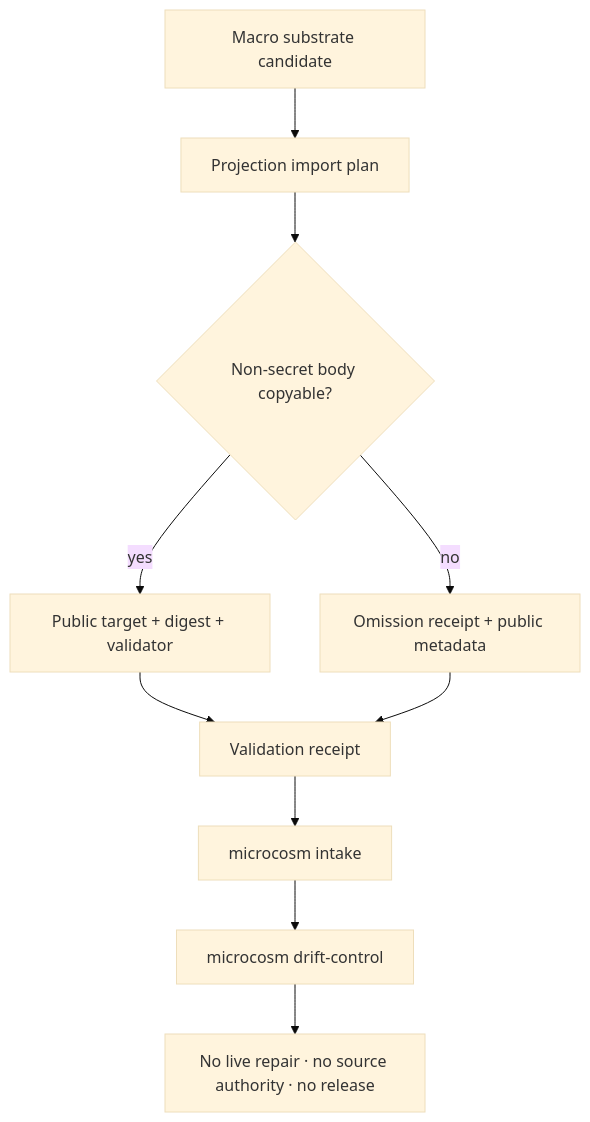
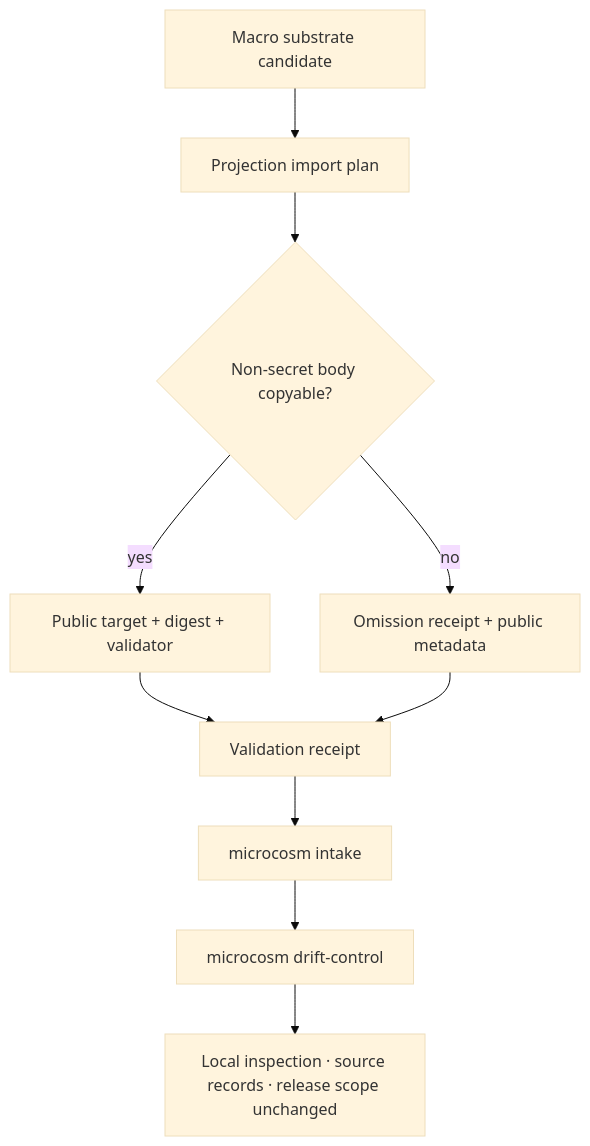
One commit to wcook04/plectis changed the fifth of 5 diagrams in ARCHITECTURE.md. Above: the diagram before and after it, drawn with Mermaid (base theme). The commit also changed other lines of this file and 6 other files, not shown here.

````diff
--- a/ARCHITECTURE.md
+++ b/ARCHITECTURE.md
@@ -438,12 +438,12 @@
 ```mermaid
 flowchart TD
   Macro[Macro substrate candidate] --> Plan[Projection import plan]
   Plan --> Copy{Non-secret body copyable?}
   Copy -->|yes| Target["Public target + digest + validator"]
   Copy -->|no| Omit["Omission receipt + public metadata"]
   Target --> Receipt[Validation receipt]
   Omit --> Receipt
   Receipt --> Intake["microcosm intake"]
   Intake --> Drift["microcosm drift-control"]
-  Drift --> Ceiling["No live repair · no source authority · no release"]
+  Drift --> Ceiling["Local inspection · source records · release scope unchanged"]
 ```
````
